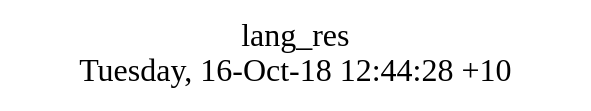
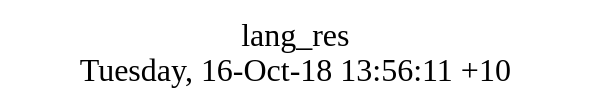
The diagram in src/lang_res/struct.dot (AplaProject/apps), drawn with Graphviz before and after one commit. The commit also changed 26 other files, not shown here.

```diff
--- a/src/lang_res/struct.dot
+++ b/src/lang_res/struct.dot
@@ -1,8 +1,8 @@
 digraph G {
 fontsize="24";
-label="lang_res\nTuesday, 16-Oct-18 12:44:28 +10";
+label="lang_res\nTuesday, 16-Oct-18 13:56:11 +10";
 nojustify=true;
 ordering=out;
 rankdir=LR;
 size="30";
 }
```
